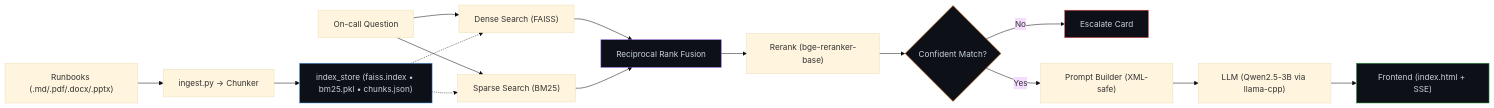
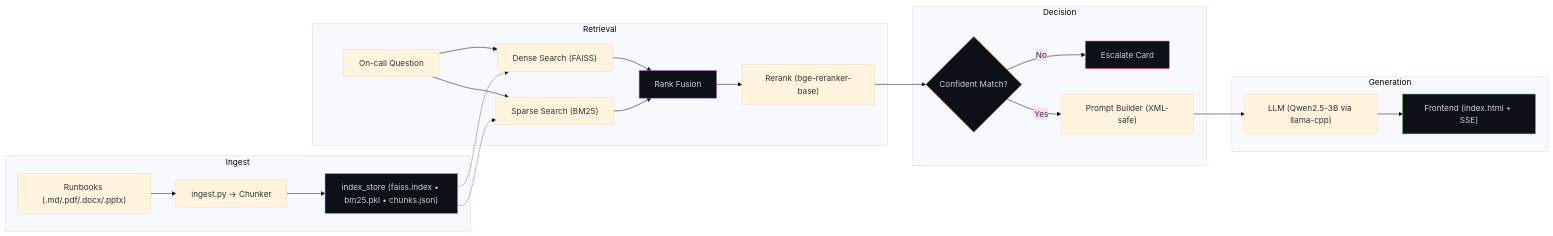
One commit to AvichalKhanna/hpe-runbook changed the first of 2 diagrams in README.md. Above: the diagram before and after it, drawn with Mermaid (base theme).

Commit message:
Refactor flowchart sections in README.md

````diff
--- a/README.md
+++ b/README.md
@@ -39,29 +39,36 @@
 ```mermaid
 flowchart LR
-    A["Runbooks (.md/.pdf/.docx/.pptx)"] --> B["ingest.py → Chunker"]
-    B --> C["index_store (faiss.index • bm25.pkl • chunks.json)"]
+    subgraph Ingest
+        A["Runbooks (.md/.pdf/.docx/.pptx)"] --> B["ingest.py → Chunker"]
+        B --> C["index_store (faiss.index • bm25.pkl • chunks.json)"]
+    end
 
-    Q["On-call Question"] --> D["Dense Search (FAISS)"]
-    Q --> E["Sparse Search (BM25)"]
+    subgraph Retrieval
+        Q["On-call Question"] --> D["Dense Search (FAISS)"]
+        Q --> E["Sparse Search (BM25)"]
+        C -.-> D
+        C -.-> E
+        D --> F["Rank Fusion"]
+        E --> F
+        F --> G["Rerank (bge-reranker-base)"]
+    end
 
-    C -.-> D
-    C -.-> E
+    subgraph Decision
+        G --> H{"Confident Match?"}
+        H -->|No| I["Escalate Card"]
+        H -->|Yes| J["Prompt Builder (XML-safe)"]
+    end
 
-    D --> F["Reciprocal Rank Fusion"]
-    E --> F
-    F --> G["Rerank (bge-reranker-base)"]
-
-    G --> H{"Confident Match?"}
-    H -->|No| I["Escalate Card"]
-    H -->|Yes| J["Prompt Builder (XML-safe)"]
-
-    J --> K["LLM (Qwen2.5-3B via llama-cpp)"]
-    K --> L["Frontend (index.html + SSE)"]
+    subgraph Generation
+        J --> K["LLM (Qwen2.5-3B via llama-cpp)"]
+        K --> L["Frontend (index.html + SSE)"]
+    end
 
     %% Styling
     style C fill:#0d1117,stroke:#58A6FF,color:#C9D1D9
     style F fill:#0d1117,stroke:#8957E5,color:#C9D1D9
     style H fill:#0d1117,stroke:#F58025,color:#C9D1D9
     style I fill:#0d1117,stroke:#F85149,color:#C9D1D9
     style L fill:#0d1117,stroke:#2EA043,color:#C9D1D9
+
 ```
````
